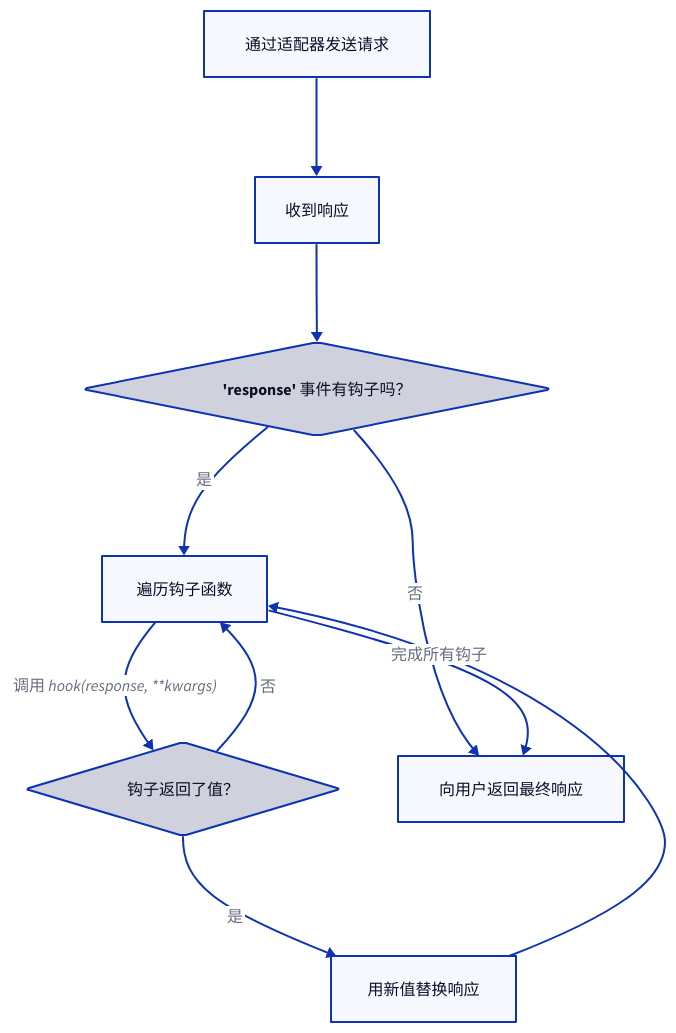
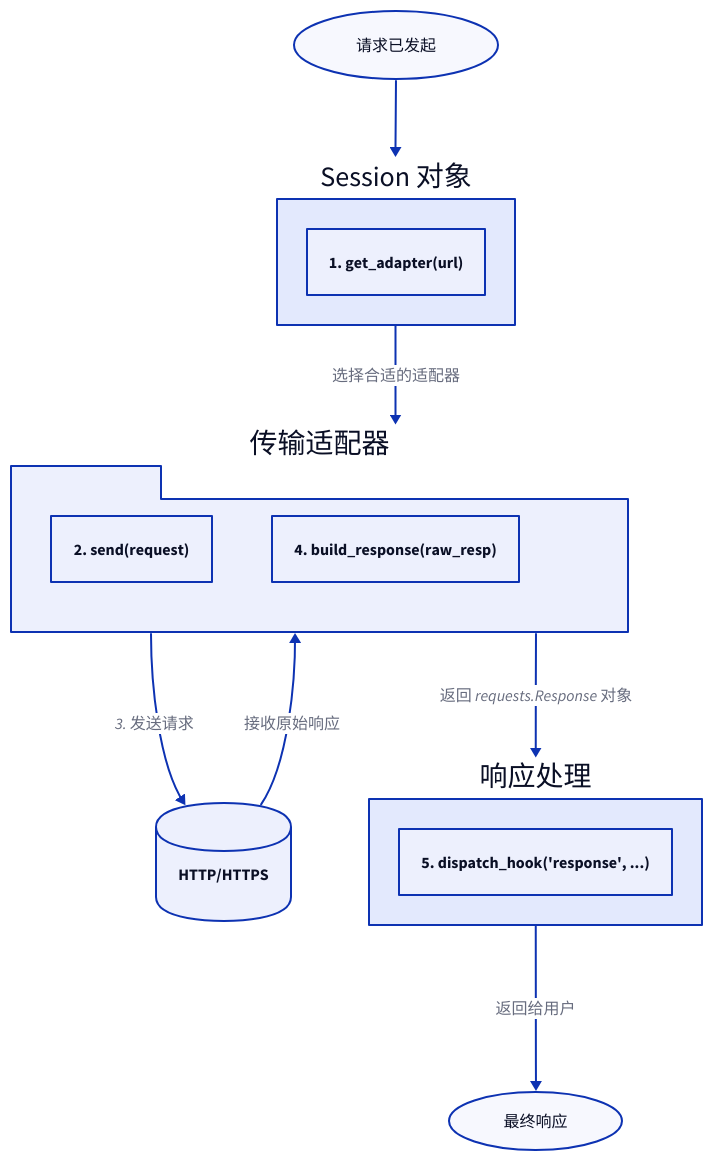
One commit to lban2049/requests changed the diagram in .aigne/doc-smith/docs/advanced-usage-adapters-and-hooks.zh.md. Above: the diagram before and after it, drawn with D2. The commit also changed other lines of this file and 32 other files, not shown here.

````diff
--- a/.aigne/doc-smith/docs/advanced-usage-adapters-and-hooks.zh.md
+++ b/.aigne/doc-smith/docs/advanced-usage-adapters-and-hooks.zh.md
@@ -165,27 +70,45 @@
 ```d2
 direction: down
 
-A: "通过适配器发送请求"
-B: "收到响应"
-C: "'response' 事件有钩子吗？" {
-  shape: diamond
+"请求已发起": {
+  shape: oval
 }
-D: "遍历钩子函数"
-E: "钩子返回了值？" {
-    shape: diamond
+
+"Session 对象": {
+  shape: rectangle
+  "1. get_adapter(url)": {
+    shape: rectangle
+  }
 }
-F: "用新值替换响应"
-G: "向用户返回最终响应"
 
-A -> B -> C
+"传输适配器": {
+  shape: package
+  "2. send(request)": {
+    shape: rectangle
+  }
+  "4. build_response(raw_resp)": {
+    shape: rectangle
+  }
+}
 
-C -> D: 是
-C -> G: 否
+"网络通信": {
+  shape: cylinder
+  label: "HTTP/HTTPS"
+}
 
-D -> E: "调用 hook(response, **kwargs)"
-E -> F: 是
-F -> D
-E -> D: 否
+"响应处理": {
+  shape: rectangle
+  "5. dispatch_hook('response', ...)"
+}
 
-D -> G: "完成所有钩子"
+"最终响应": {
+  shape: oval
+}
+
+"请求已发起" -> "Session 对象"
+"Session 对象" -> "传输适配器": "选择合适的适配器"
+"传输适配器" -> "网络通信": "3. 发送请求"
+"网络通信" -> "传输适配器": "接收原始响应"
+"传输适配器" -> "响应处理": "返回 requests.Response 对象"
+"响应处理" -> "最终响应": "返回给用户"
 ```
````
